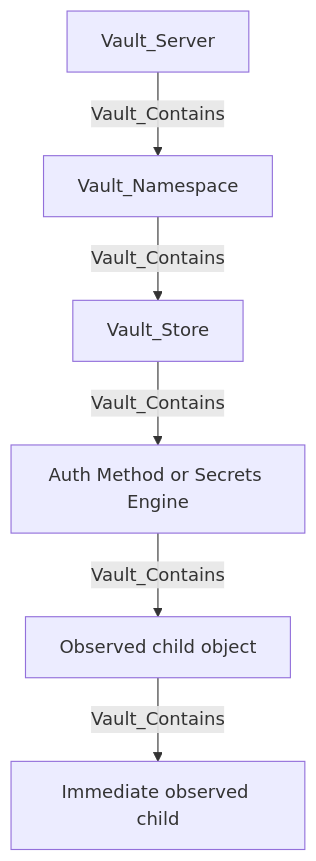
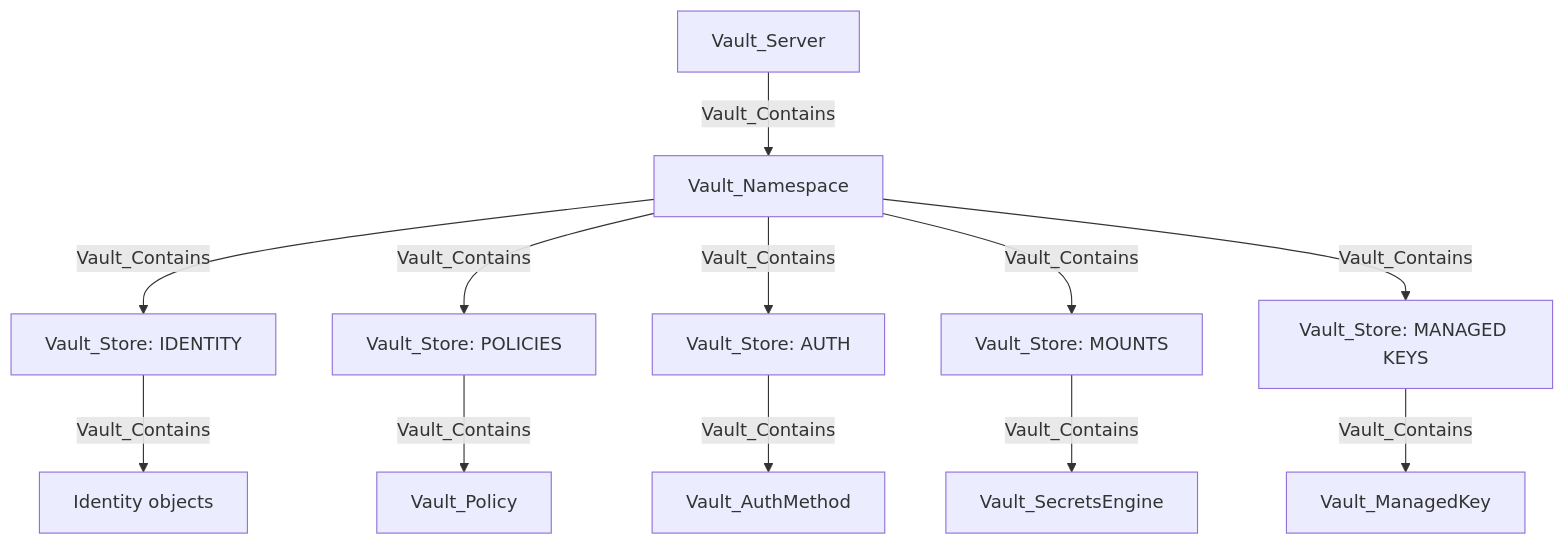
The diagram in Documentation/MODEL.md (bytewreck/opengraph-vault), drawn with Mermaid before and after one commit. The commit also changed other lines of this file and 14 other files, not shown here.

````diff
--- a/Documentation/MODEL.md
+++ b/Documentation/MODEL.md
@@ -7,8 +13,15 @@
 ```mermaid
 flowchart TD
     server[Vault_Server] -->|Vault_Contains| namespace[Vault_Namespace]
-    namespace -->|Vault_Contains| store[Vault_Store]
-    store -->|Vault_Contains| mount[Auth Method or Secrets Engine]
-    mount -->|Vault_Contains| child[Observed child object]
-    child -->|Vault_Contains| grandchild[Immediate observed child]
+    namespace -->|Vault_Contains| identity[Vault_Store: IDENTITY]
+    namespace -->|Vault_Contains| policies[Vault_Store: POLICIES]
+    namespace -->|Vault_Contains| auth[Vault_Store: AUTH]
+    namespace -->|Vault_Contains| mounts[Vault_Store: MOUNTS]
+    namespace -->|Vault_Contains| managed[Vault_Store: MANAGED KEYS]
+
+    identity -->|Vault_Contains| entity[Identity objects]
+    policies -->|Vault_Contains| policy[Vault_Policy]
+    auth -->|Vault_Contains| method[Vault_AuthMethod]
+    mounts -->|Vault_Contains| engine[Vault_SecretsEngine]
+    managed -->|Vault_Contains| key[Vault_ManagedKey]
 ```
````
